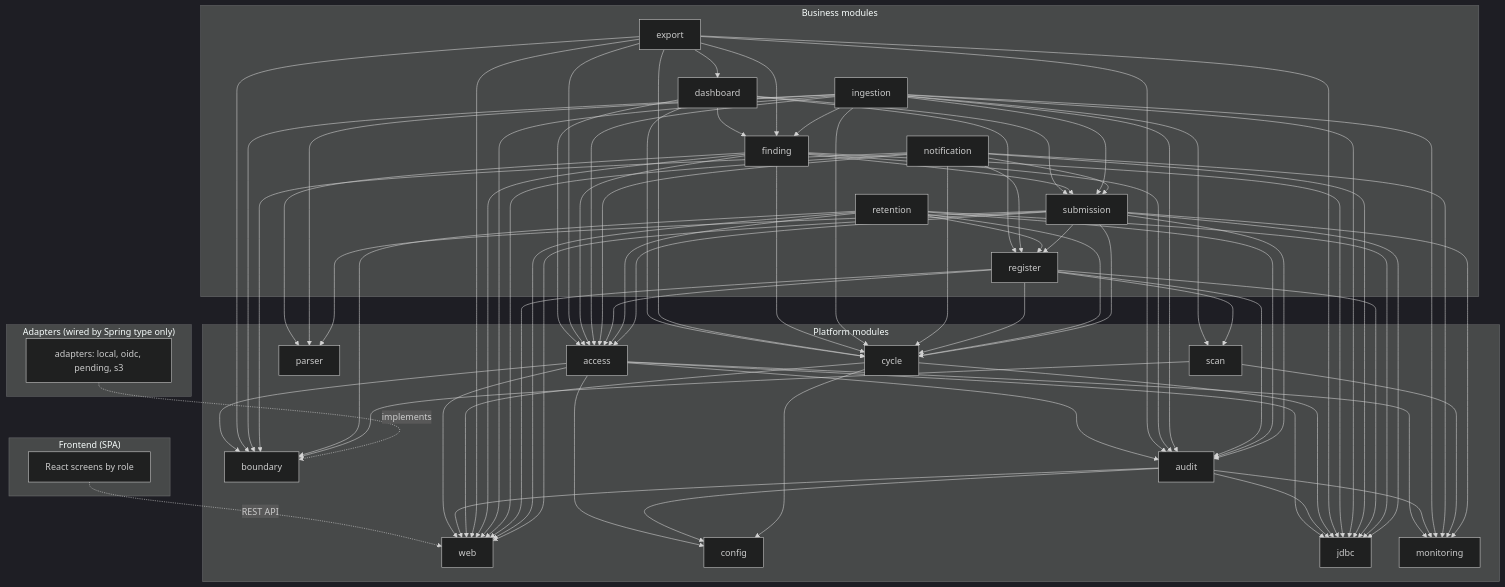
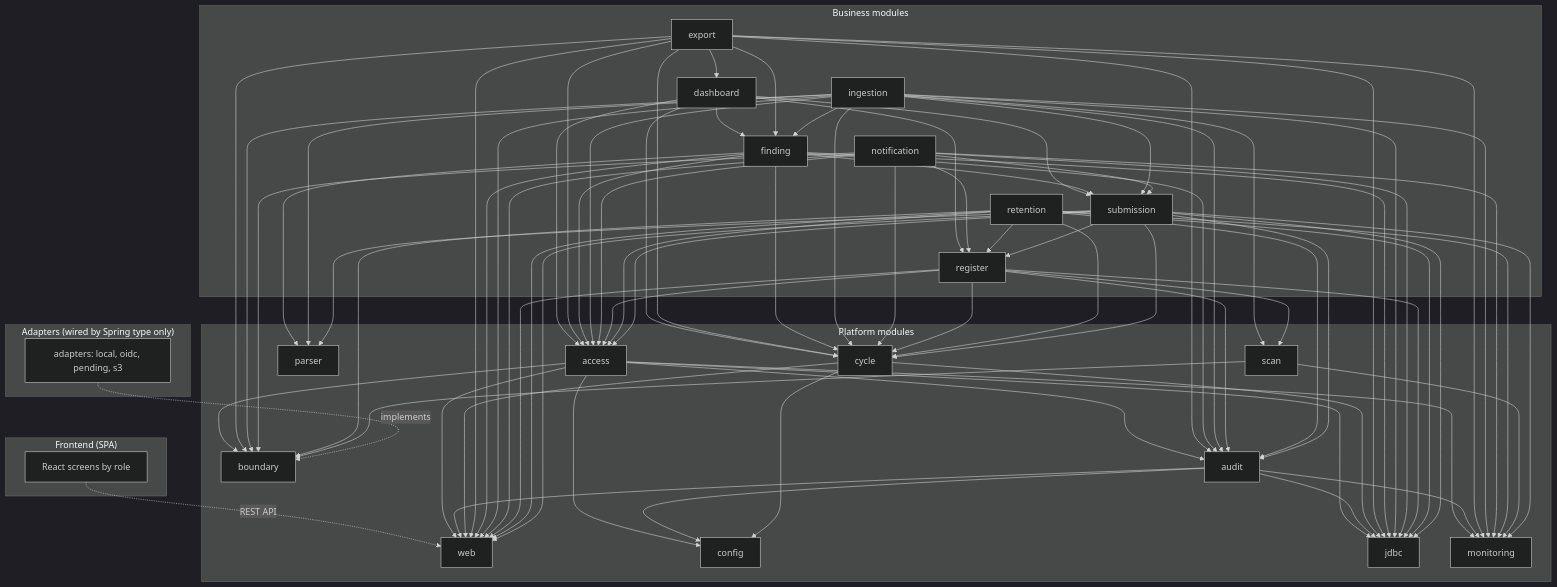
Before and after one commit to asheewee1771/annualVA2: the first of 5 diagrams in docs/tech-architecture.md, drawn with Mermaid (dark theme). The commit also changed other lines of this file and 7 other files, not shown here.

```diff
--- a/docs/tech-architecture.md
+++ b/docs/tech-architecture.md
@@ -105,6 +105,7 @@
   export --> dashboard
   export --> finding
   export --> jdbc
+  export --> monitoring
   export --> web
   finding --> access
   finding --> audit
@@ -143,6 +144,7 @@
   retention --> boundary
   retention --> cycle
   retention --> jdbc
+  retention --> monitoring
   retention --> register
   retention --> web
   scan --> boundary
```
